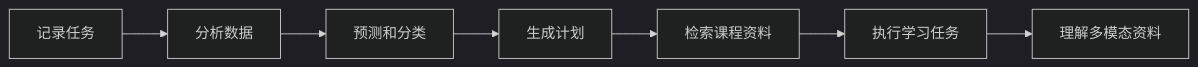
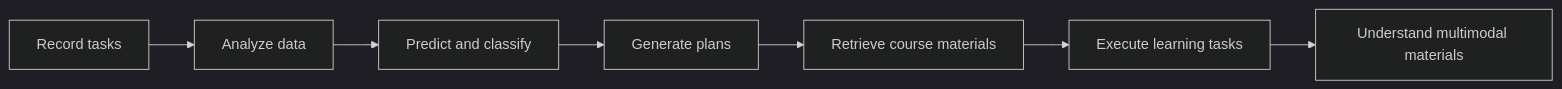
Before and after one commit to oudbiao/AI-fullstack-course: the first of 3 diagrams in docs/intro/ai-learning-assistant-project.md, drawn with Mermaid (dark theme). The commit also changed other lines of this file and 1406 other files, not shown here.

````diff
--- a/docs/intro/ai-learning-assistant-project.md
+++ b/docs/intro/ai-learning-assistant-project.md
@@ -18,9 +18,9 @@
 ```mermaid
 flowchart LR
-  A["记录任务"] --> B["分析数据"]
-  B --> C["预测和分类"]
-  C --> D["生成计划"]
-  D --> E["检索课程资料"]
-  E --> F["执行学习任务"]
-  F --> G["理解多模态资料"]
+  A["Record tasks"] --> B["Analyze data"]
+  B --> C["Predict and classify"]
+  C --> D["Generate plans"]
+  D --> E["Retrieve course materials"]
+  E --> F["Execute learning tasks"]
+  F --> G["Understand multimodal materials"]
 ```
````
